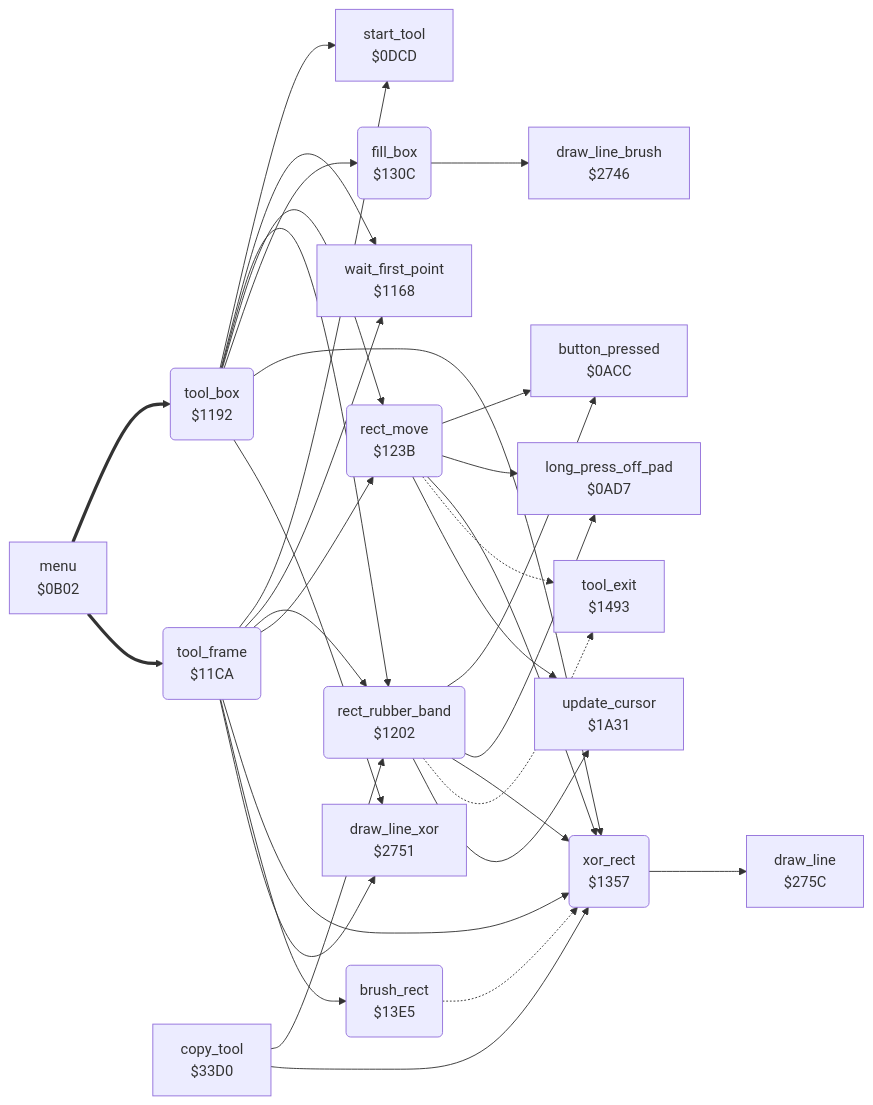
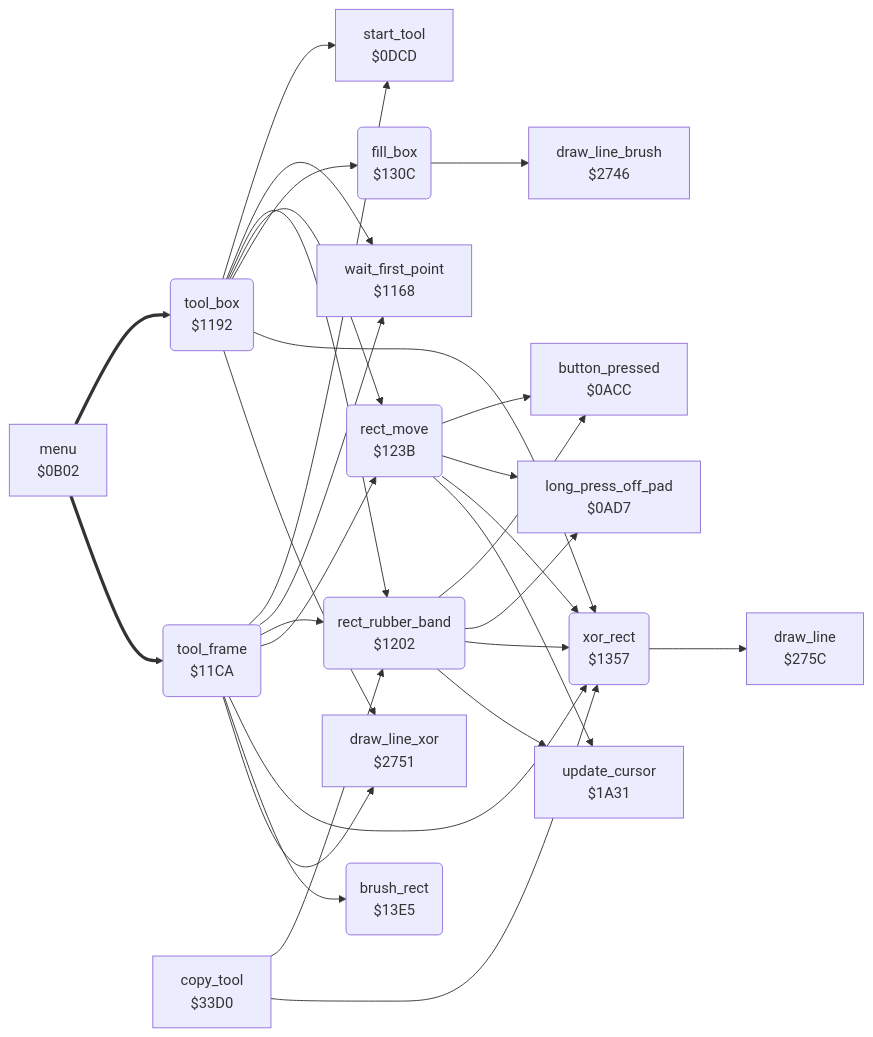
Before and after one commit to henols/c64_games: the diagram in koala_painter/v1/docs/reference/modules/tools/box_frame_tool.md, drawn with Mermaid. The commit also changed other lines of this file and 1100 other files, not shown here.

````diff
--- a/koala_painter/v1/docs/reference/modules/tools/box_frame_tool.md
+++ b/koala_painter/v1/docs/reference/modules/tools/box_frame_tool.md
@@ -10,52 +22,48 @@
 ```mermaid
 flowchart LR
   n0acc["button_pressed<br/>$0ACC"]
   n0ad7["long_press_off_pad<br/>$0AD7"]
   n0b02["menu<br/>$0B02"]
   n0dcd["start_tool<br/>$0DCD"]
   n1168["wait_first_point<br/>$1168"]
   n1192("tool_box<br/>$1192")
   n11ca("tool_frame<br/>$11CA")
   n1202("rect_rubber_band<br/>$1202")
   n123b("rect_move<br/>$123B")
   n130c("fill_box<br/>$130C")
   n1357("xor_rect<br/>$1357")
   n13e5("brush_rect<br/>$13E5")
-  n1493["tool_exit<br/>$1493"]
   n1a31["update_cursor<br/>$1A31"]
   n2746["draw_line_brush<br/>$2746"]
   n2751["draw_line_xor<br/>$2751"]
   n275c["draw_line<br/>$275C"]
   n33d0["copy_tool<br/>$33D0"]
   n0b02 ==> n1192
   n0b02 ==> n11ca
   n1192 --> n0dcd
   n1192 --> n1168
   n1192 --> n1202
   n1192 --> n123b
   n1192 --> n130c
   n1192 --> n1357
   n1192 --> n2751
   n11ca --> n0dcd
   n11ca --> n1168
   n11ca --> n1202
   n11ca --> n123b
   n11ca --> n1357
   n11ca --> n13e5
   n11ca --> n2751
   n1202 --> n0acc
   n1202 --> n0ad7
   n1202 --> n1357
-  n1202 -.-> n1493
   n1202 --> n1a31
   n123b --> n0acc
   n123b --> n0ad7
   n123b --> n1357
-  n123b -.-> n1493
   n123b --> n1a31
   n130c --> n2746
   n1357 --> n275c
-  n13e5 -.-> n1357
   n33d0 --> n1202
   n33d0 --> n1357
 ```
````
